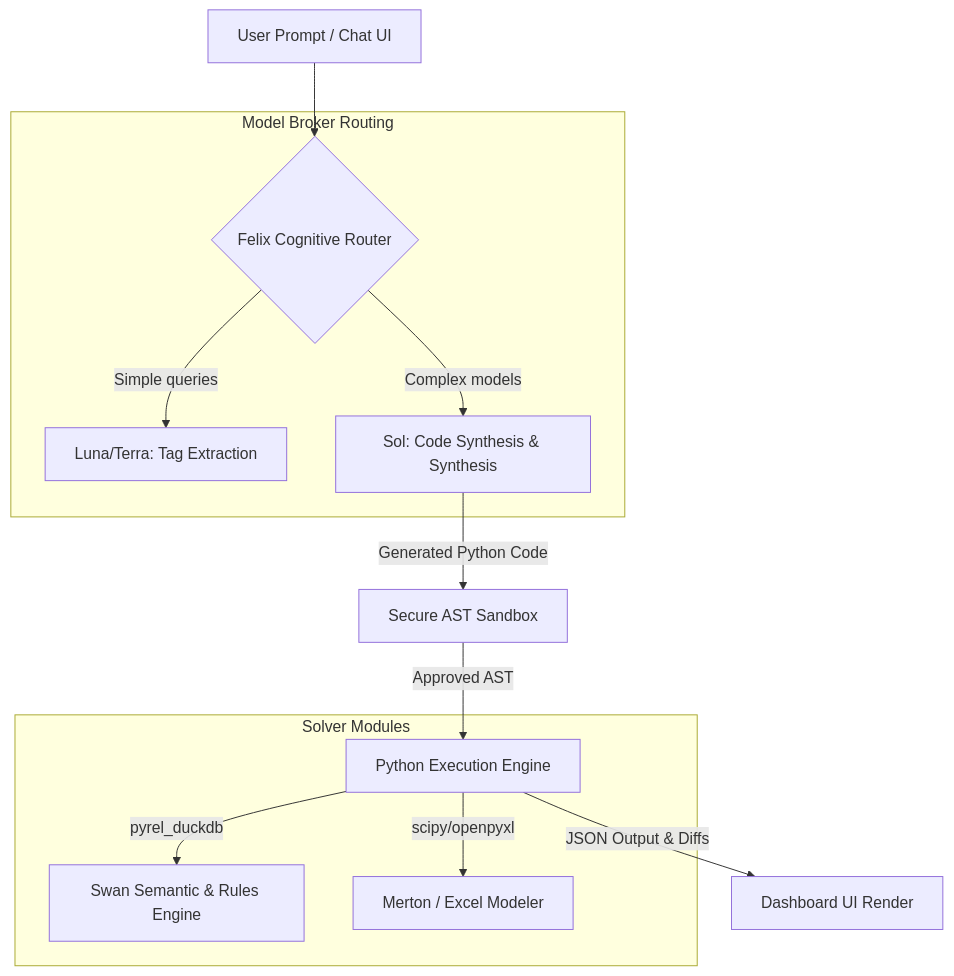
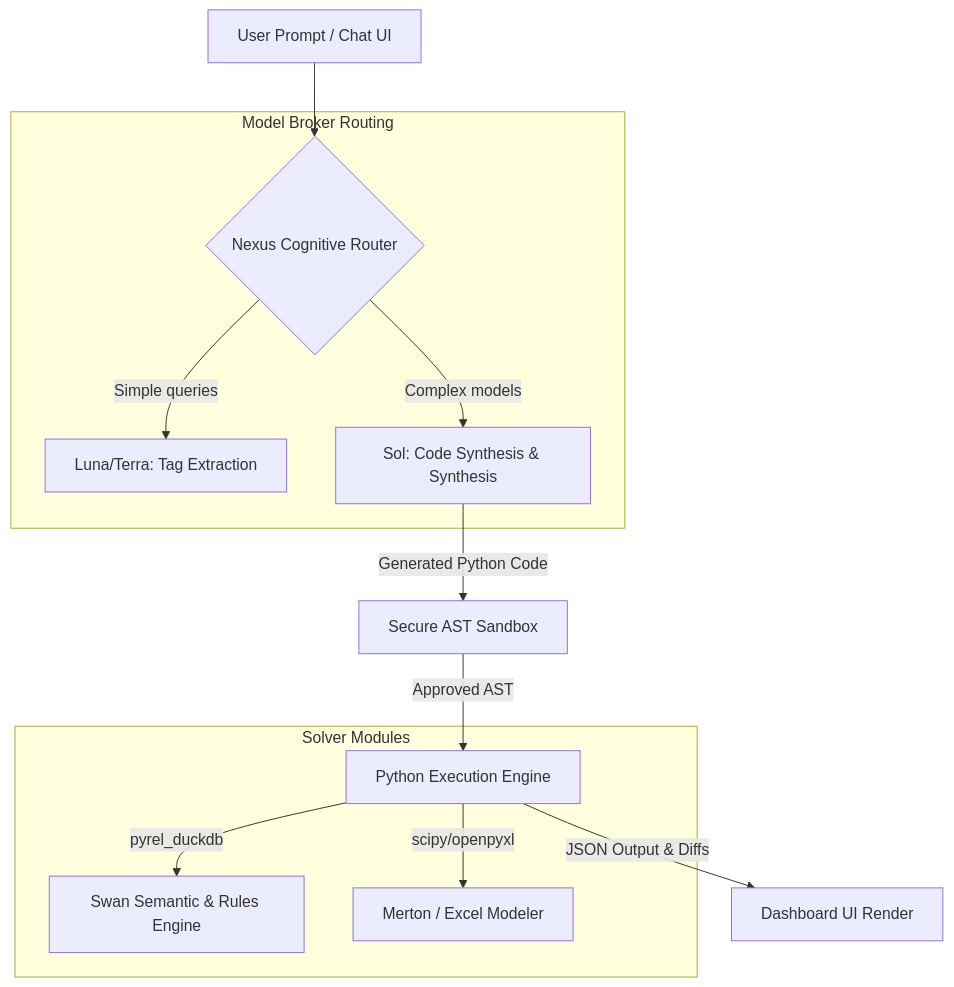
Before and after one commit to maxdemarzi/rogue: the diagram in phase_4_plan.md, drawn with Mermaid. The commit also changed other lines of this file and 4 other files, not shown here.

Commit message:
docs: renamed Felix to Nexus and aligned rebuild plan with Swan C++ engines and 24 playbooks

````diff
--- a/phase_4_plan.md
+++ b/phase_4_plan.md
@@ -11,19 +11,19 @@
 ```mermaid
 graph TD
-    User[User Prompt / Chat UI] --> Router{Felix Cognitive Router}
+    User[User Prompt / Chat UI] --> Router{Nexus Cognitive Router}
     
     subgraph Model Broker Routing
         Router -->|Simple queries| Luna[Luna/Terra: Tag Extraction]
         Router -->|Complex models| Sol[Sol: Code Synthesis & Synthesis]
     end
     
     Sol -->|Generated Python Code| Sandbox[Secure AST Sandbox]
     Sandbox -->|Approved AST| Executor[Python Execution Engine]
     
     subgraph Solver Modules
         Executor -->|pyrel_duckdb| Swan[Swan Semantic & Rules Engine]
         Executor -->|scipy/openpyxl| Solvers[Merton / Excel Modeler]
     end
     
     Executor -->|JSON Output & Diffs| Visualizer[Dashboard UI Render]
 ```
````
